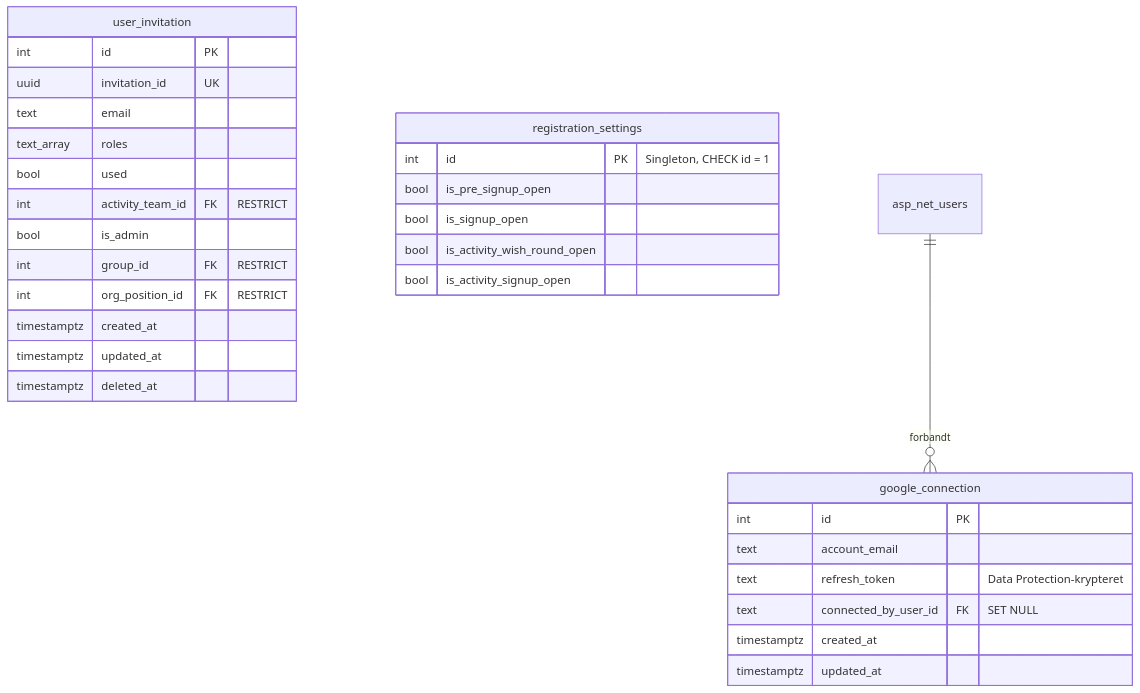
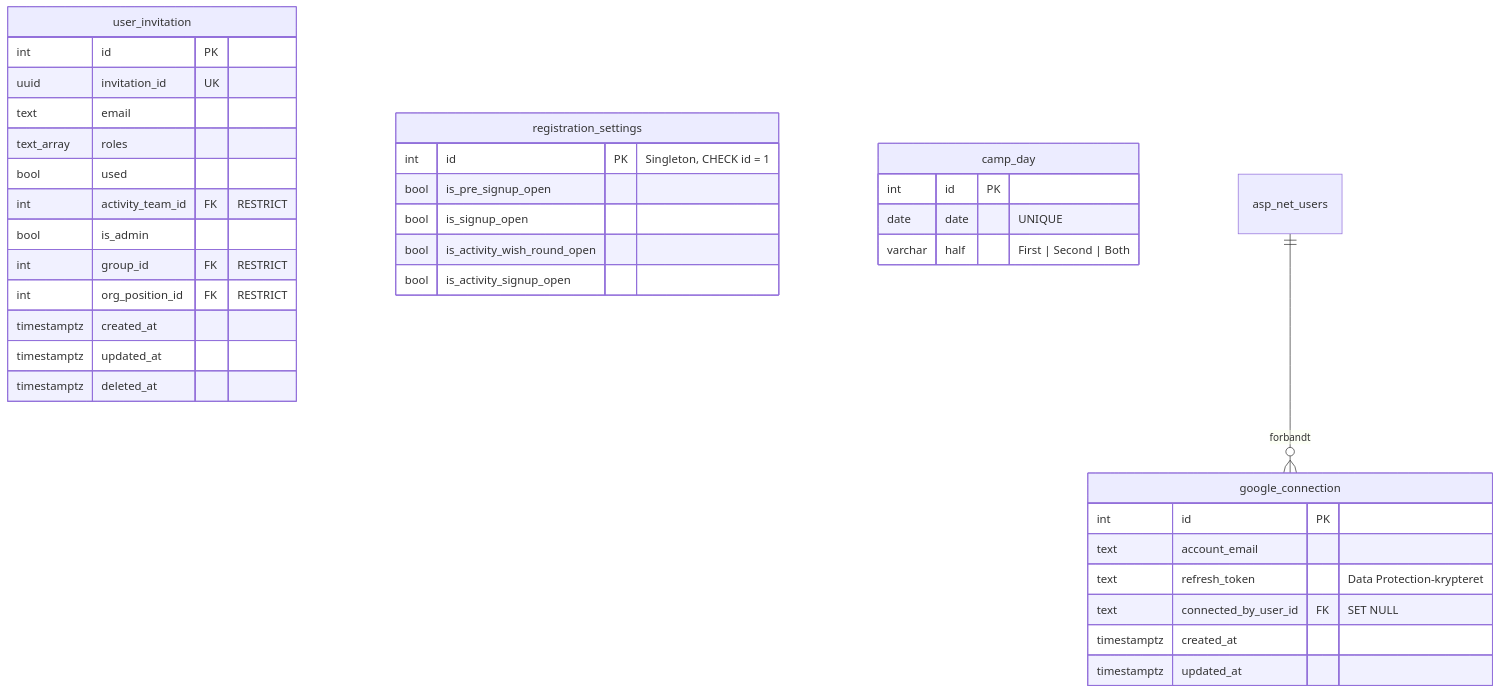
The third of 7 diagrams in docs/database.md (smallbenji/DS28-website), drawn with Mermaid before and after one commit. The commit also changed other lines of this file and 17 other files, not shown here.

````diff
--- a/docs/database.md
+++ b/docs/database.md
@@ -375,36 +375,42 @@
 ```mermaid
 erDiagram
     user_invitation {
         int id PK
         uuid invitation_id UK
         text email
         text_array roles
         bool used
         int activity_team_id FK "RESTRICT"
         bool is_admin
         int group_id FK "RESTRICT"
         int org_position_id FK "RESTRICT"
         timestamptz created_at
         timestamptz updated_at
         timestamptz deleted_at
     }
 
     registration_settings {
         int id PK "Singleton, CHECK id = 1"
         bool is_pre_signup_open
         bool is_signup_open
         bool is_activity_wish_round_open
         bool is_activity_signup_open
     }
 
+    camp_day {
+        int id PK
+        date date "UNIQUE"
+        varchar half "First | Second | Both"
+    }
+
     google_connection {
         int id PK
         text account_email
         text refresh_token "Data Protection-krypteret"
         text connected_by_user_id FK "SET NULL"
         timestamptz created_at
         timestamptz updated_at
     }
 
     asp_net_users ||--o{ google_connection : "forbandt"
 ```
````
